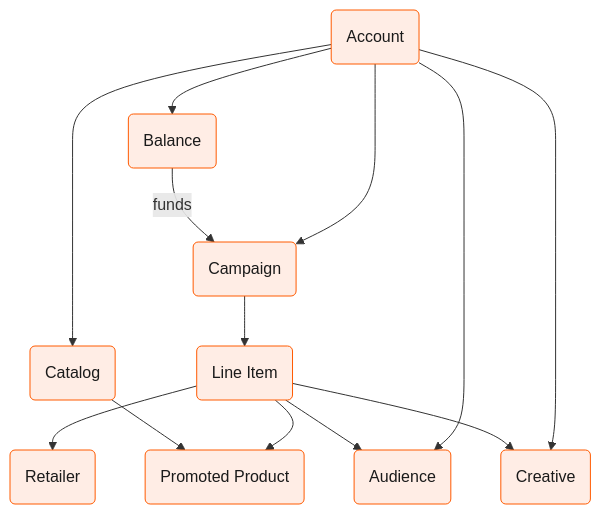
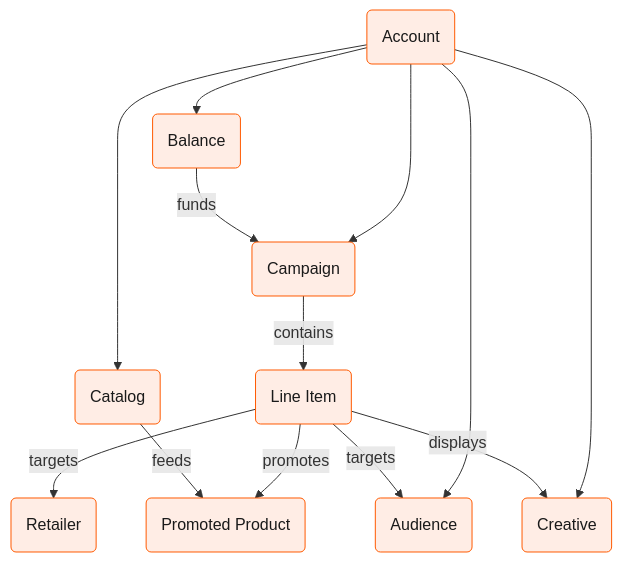
Before and after one commit to criteo/public-api-doc: the diagram in retail-media/docs/conceptual-map.mdx, drawn with Mermaid.

Commit message:
Add simple verb labels back to conceptual map diagram edges

````diff
--- a/retail-media/docs/conceptual-map.mdx
+++ b/retail-media/docs/conceptual-map.mdx
@@ -8,27 +8,27 @@
 ```mermaid
 graph TD
     Account(Account)
     Campaign(Campaign)
     Balance(Balance)
     Catalog(Catalog)
     Audience(Audience)
     Creative(Creative)
     LI(Line Item)
     PP(Promoted Product)
     Retailer(Retailer)
 
     Account --> Campaign
     Account --> Balance
     Account --> Catalog
     Account --> Audience
     Account --> Creative
     Balance -->|"funds"| Campaign
-    Campaign --> LI
-    LI --> Retailer
-    LI --> PP
-    LI --> Audience
-    LI --> Creative
-    Catalog --> PP
+    Campaign -->|"contains"| LI
+    LI -->|"targets"| Retailer
+    LI -->|"promotes"| PP
+    LI -->|"targets"| Audience
+    LI -->|"displays"| Creative
+    Catalog -->|"feeds"| PP
 
     classDef default fill:#FFEDE5,stroke:#FF5A00,color:#1a1a1a
 ```
````
